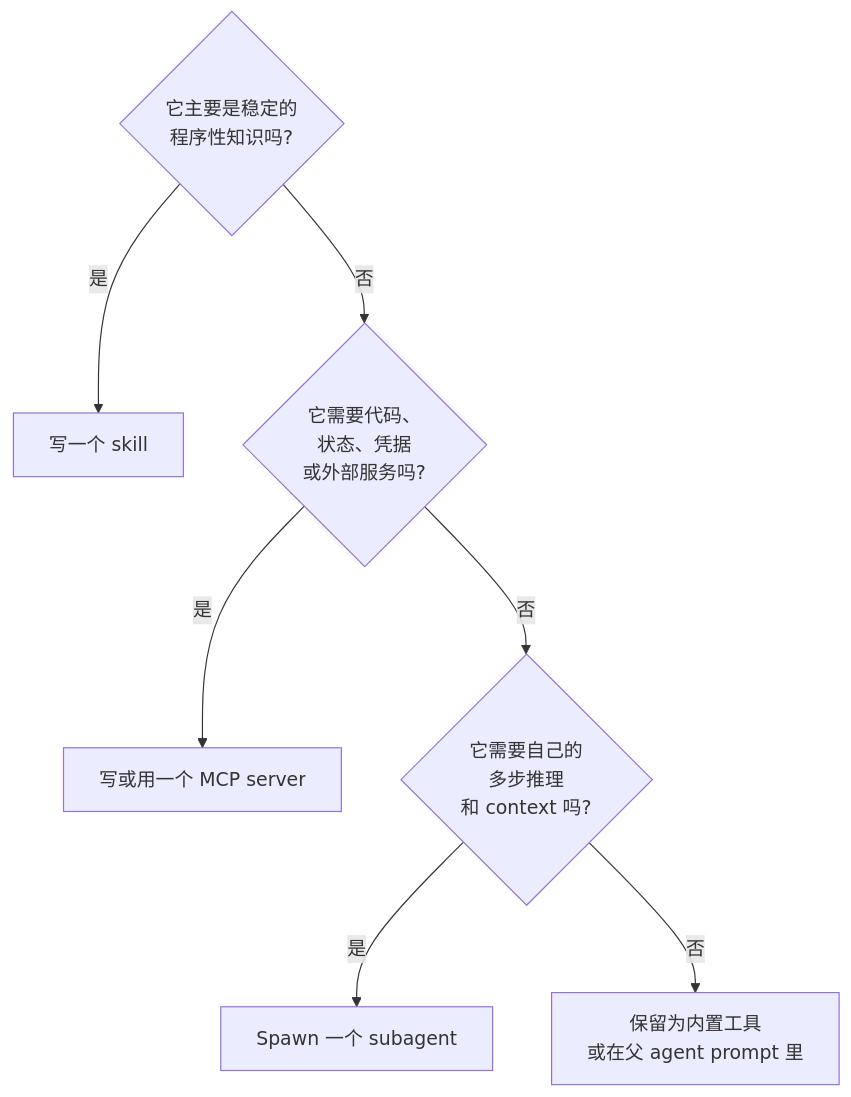
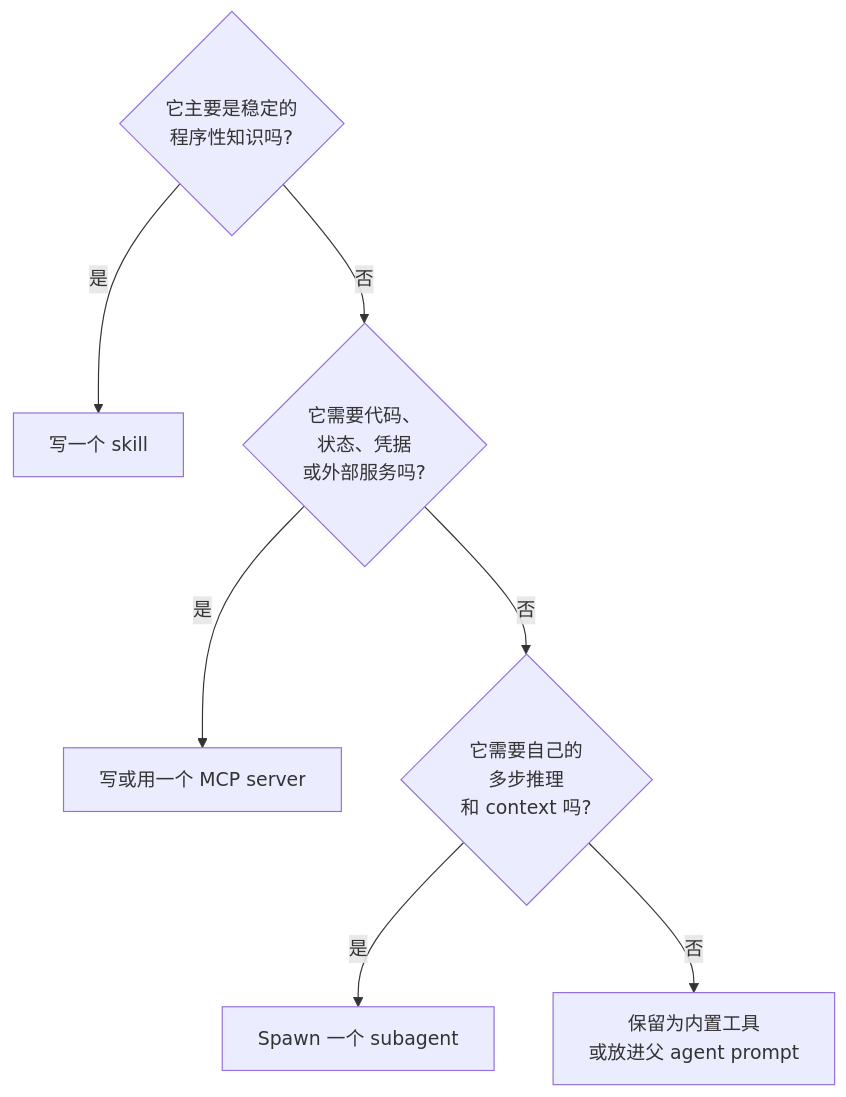
Before and after one commit to ocxers/agentic-ai-system-course-zh: the first of 2 diagrams in course-zh/14-skills-mcp-subagents.md, drawn with Mermaid. The commit also changed other lines of this file and 22 other files, not shown here.

````diff
--- a/course-zh/14-skills-mcp-subagents.md
+++ b/course-zh/14-skills-mcp-subagents.md
@@ -156,10 +156,10 @@
 ```mermaid
 flowchart TD
     Q1{"它主要是稳定的<br/>程序性知识吗?"}
     Q1 -- 是 --> Skill["写一个 skill"]
     Q1 -- 否 --> Q2{"它需要代码、<br/>状态、凭据<br/>或外部服务吗?"}
     Q2 -- 是 --> MCP["写或用一个 MCP server"]
     Q2 -- 否 --> Q3{"它需要自己的<br/>多步推理<br/>和 context 吗?"}
     Q3 -- 是 --> Subagent["Spawn 一个 subagent"]
-    Q3 -- 否 --> Local["保留为内置工具<br/>或在父 agent prompt 里"]
+    Q3 -- 否 --> Local["保留为内置工具<br/>或放进父 agent prompt"]
 ```
````
